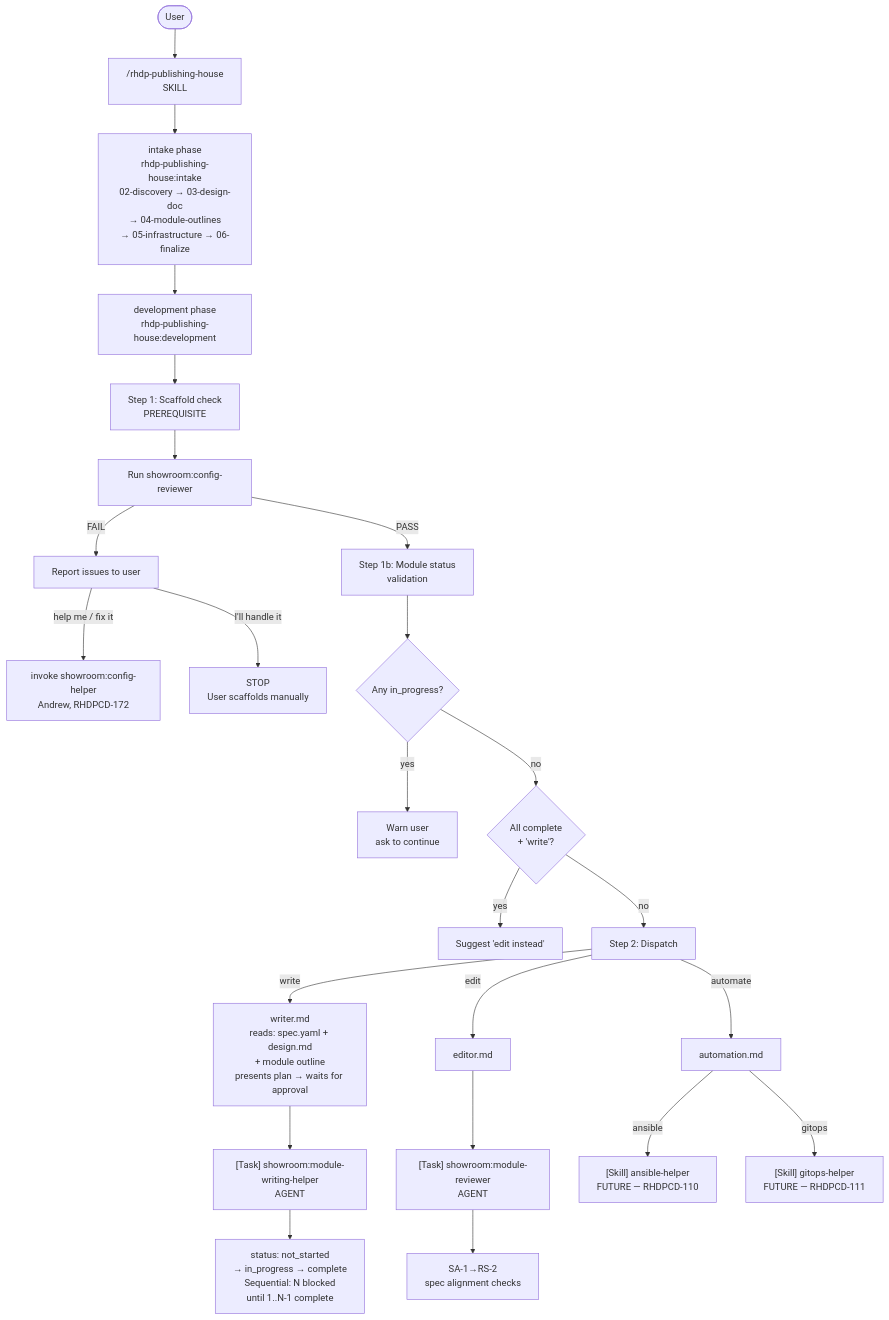
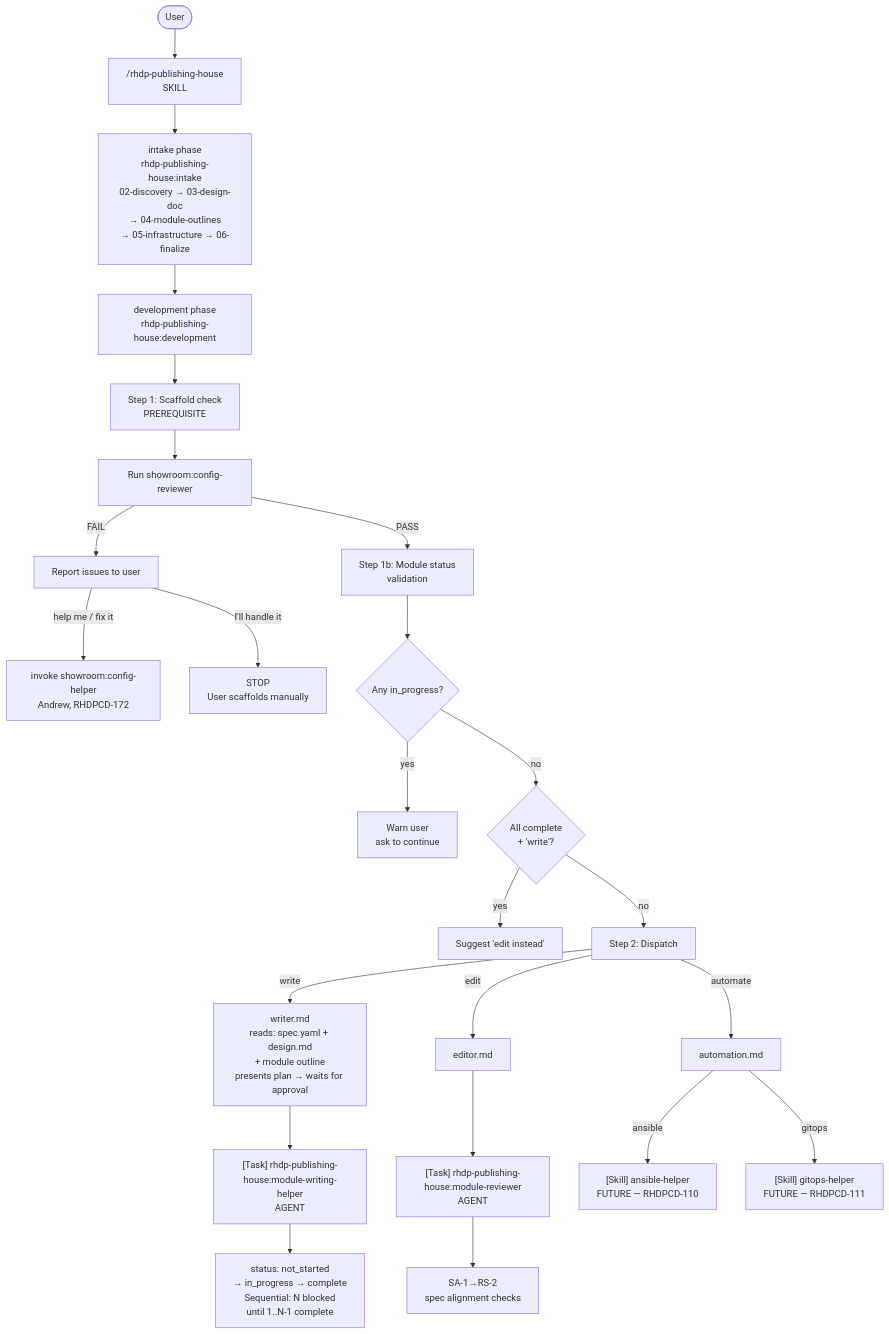
One commit to rhpds/rhdp-publishing-house-skills changed the diagram in skills/development/references/workflow-diagram.md. Above: the diagram before and after it, drawn with Mermaid. The commit also changed other lines of this file and 6 other files, not shown here.

````diff
--- a/skills/development/references/workflow-diagram.md
+++ b/skills/development/references/workflow-diagram.md
@@ -8,33 +8,33 @@
 ```mermaid
 flowchart TD
     User([User]) --> PH["/rhdp-publishing-house\nSKILL"]
 
     PH --> Intake["intake phase\nrhdp-publishing-house:intake\n02-discovery → 03-design-doc\n→ 04-module-outlines\n→ 05-infrastructure → 06-finalize"]
 
     Intake --> Dev["development phase\nrhdp-publishing-house:development"]
 
     Dev --> S1["Step 1: Scaffold check\nPREREQUISITE"]
     S1 --> CR["Run showroom:config-reviewer"]
     CR -->|PASS| S1b["Step 1b: Module status\nvalidation"]
     CR -->|FAIL| Issues["Report issues to user"]
     Issues -->|help me / fix it| CH["invoke showroom:config-helper\nAndrew, RHDPCD-172"]
     Issues -->|I'll handle it| STOP1["STOP\nUser scaffolds manually"]
 
     S1b --> InProgress{"Any in_progress?"}
     InProgress -->|yes| Warn["Warn user\nask to continue"]
     InProgress -->|no| AllComplete{"All complete\n+ 'write'?"}
     AllComplete -->|yes| Suggest["Suggest 'edit instead'"]
     AllComplete -->|no| S2["Step 2: Dispatch"]
 
     S2 -->|write| Writer["writer.md\nreads: spec.yaml + design.md\n+ module outline\npresents plan → waits for approval"]
-    Writer --> MWH["[Task] showroom:module-writing-helper\nAGENT"]
+    Writer --> MWH["[Task] rhdp-publishing-house:module-writing-helper\nAGENT"]
     MWH --> Status["status: not_started\n→ in_progress → complete\nSequential: N blocked\nuntil 1..N-1 complete"]
 
     S2 -->|edit| Editor["editor.md"]
-    Editor --> MR["[Task] showroom:module-reviewer\nAGENT"]
+    Editor --> MR["[Task] rhdp-publishing-house:module-reviewer\nAGENT"]
     MR --> Checks["SA-1→RS-2\nspec alignment checks"]
 
     S2 -->|automate| Auto["automation.md"]
     Auto -->|ansible| AH["[Skill] ansible-helper\nFUTURE — RHDPCD-110"]
     Auto -->|gitops| GH["[Skill] gitops-helper\nFUTURE — RHDPCD-111"]
 ```
````
